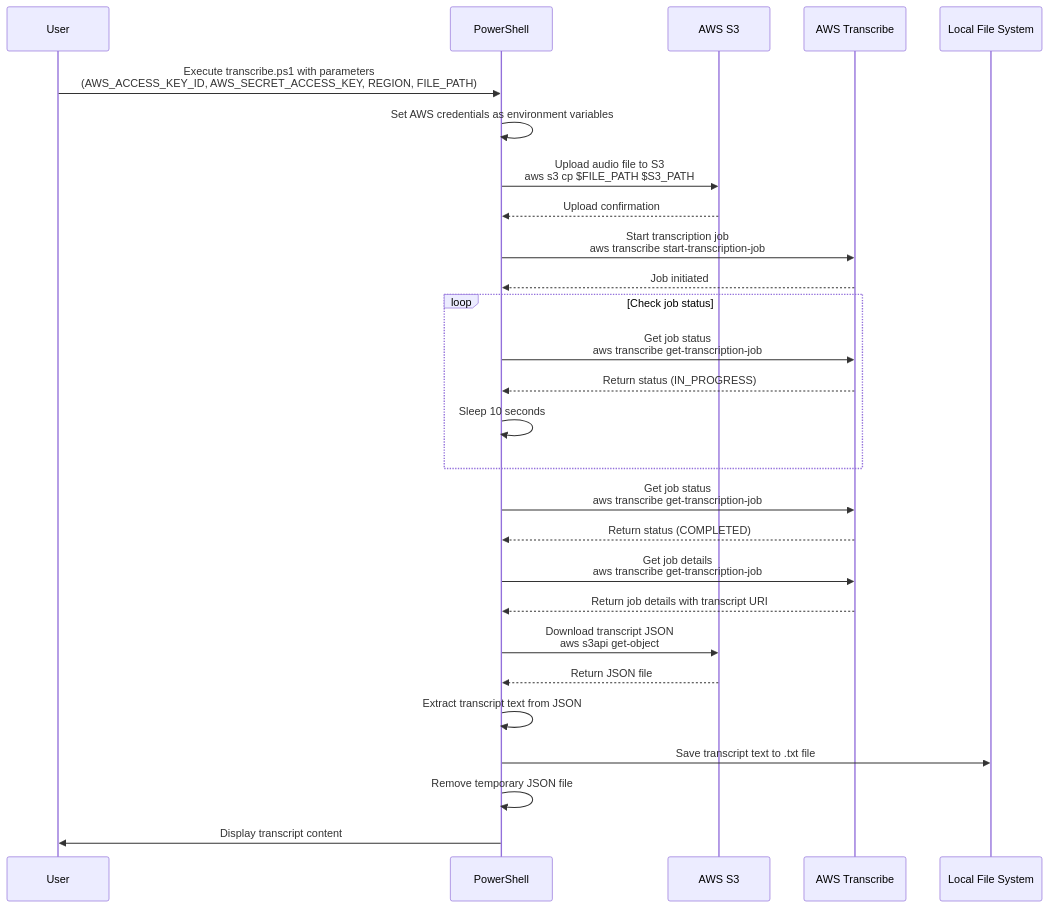
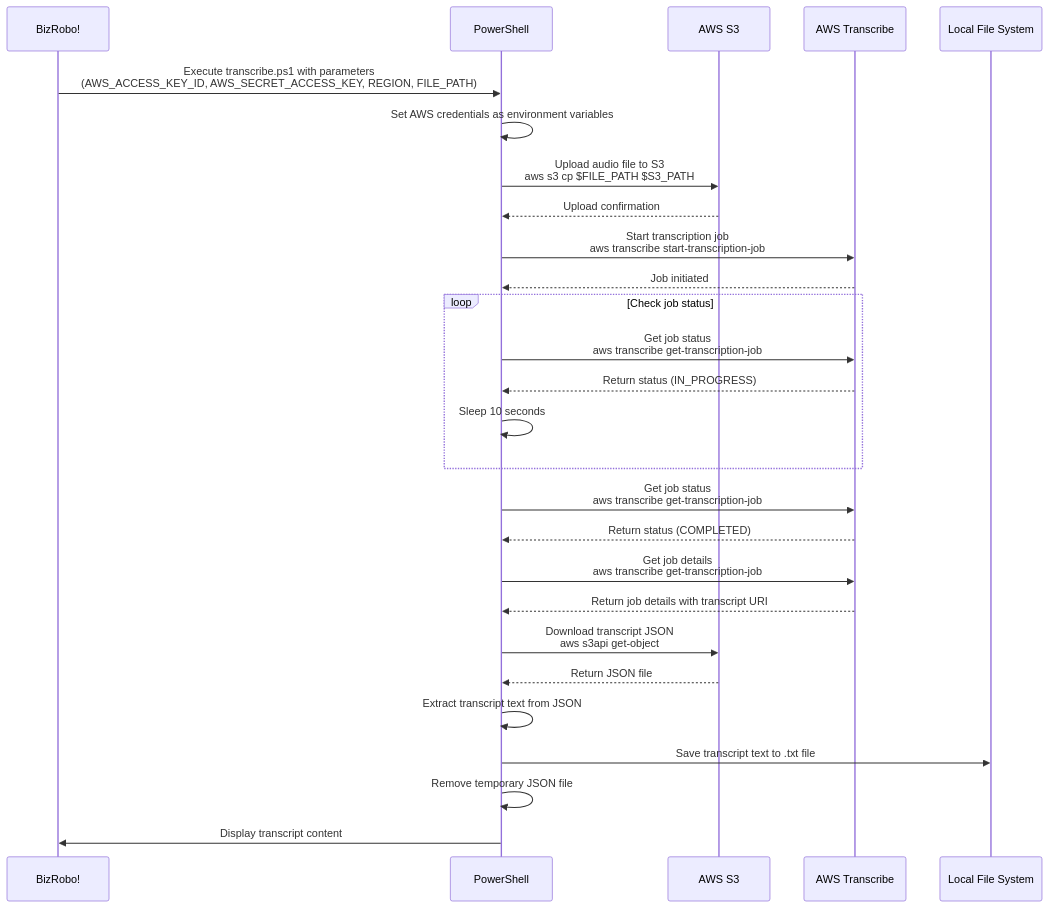
Before and after one commit to yosse95ai/automated-speech-recognition: the diagram in README.md, drawn with Mermaid. The commit also changed other lines of this file, not shown here.

````diff
--- a/README.md
+++ b/README.md
@@ -104,38 +104,38 @@
 ```mermaid
 sequenceDiagram
-    participant User
+    participant BizRobo!
     participant PowerShell
     participant S3 as AWS S3
     participant Transcribe as AWS Transcribe
     participant LocalFS as Local File System
 
-    User->>PowerShell: Execute transcribe.ps1 with parameters<br>(AWS_ACCESS_KEY_ID, AWS_SECRET_ACCESS_KEY, REGION, FILE_PATH)
+    BizRobo!->>PowerShell: Execute transcribe.ps1 with parameters<br>(AWS_ACCESS_KEY_ID, AWS_SECRET_ACCESS_KEY, REGION, FILE_PATH)
     PowerShell->>PowerShell: Set AWS credentials as environment variables
     
     PowerShell->>S3: Upload audio file to S3<br>aws s3 cp $FILE_PATH $S3_PATH
     S3-->>PowerShell: Upload confirmation
     
     PowerShell->>Transcribe: Start transcription job<br>aws transcribe start-transcription-job
     Transcribe-->>PowerShell: Job initiated
     
     loop Check job status
         PowerShell->>Transcribe: Get job status<br>aws transcribe get-transcription-job
         Transcribe-->>PowerShell: Return status (IN_PROGRESS)
         PowerShell->>PowerShell: Sleep 10 seconds
     end
     
     PowerShell->>Transcribe: Get job status<br>aws transcribe get-transcription-job
     Transcribe-->>PowerShell: Return status (COMPLETED)
     
     PowerShell->>Transcribe: Get job details<br>aws transcribe get-transcription-job
     Transcribe-->>PowerShell: Return job details with transcript URI
     
     PowerShell->>S3: Download transcript JSON<br>aws s3api get-object
     S3-->>PowerShell: Return JSON file
     
     PowerShell->>PowerShell: Extract transcript text from JSON
     PowerShell->>LocalFS: Save transcript text to .txt file
     
     PowerShell->>PowerShell: Remove temporary JSON file
-    PowerShell->>User: Display transcript content
+    PowerShell->>BizRobo!: Display transcript content
 ```
````
